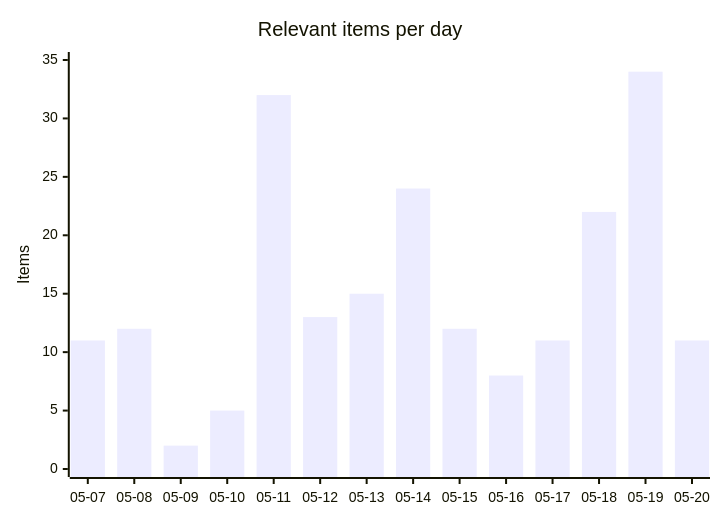
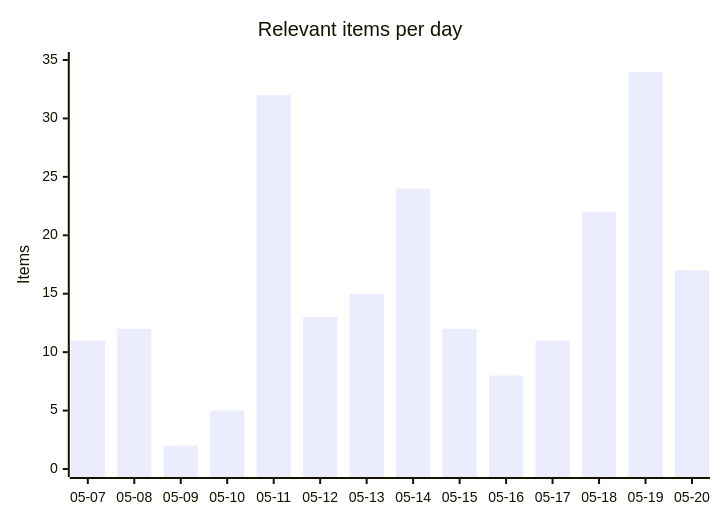
Before and after one commit to martinbalfanz/social-scanner-reports: the first of 4 diagrams in README.md, drawn with Mermaid. The commit also changed other lines of this file and 4 other files, not shown here.

````diff
--- a/README.md
+++ b/README.md
@@ -30,7 +30,7 @@
 ```mermaid
 xychart-beta
     title "Relevant items per day"
     x-axis ["05-07", "05-08", "05-09", "05-10", "05-11", "05-12", "05-13", "05-14", "05-15", "05-16", "05-17", "05-18", "05-19", "05-20"]
     y-axis "Items" 0 --> 35
-    bar [11, 12, 2, 5, 32, 13, 15, 24, 12, 8, 11, 22, 34, 11]
+    bar [11, 12, 2, 5, 32, 13, 15, 24, 12, 8, 11, 22, 34, 17]
 ```
````
